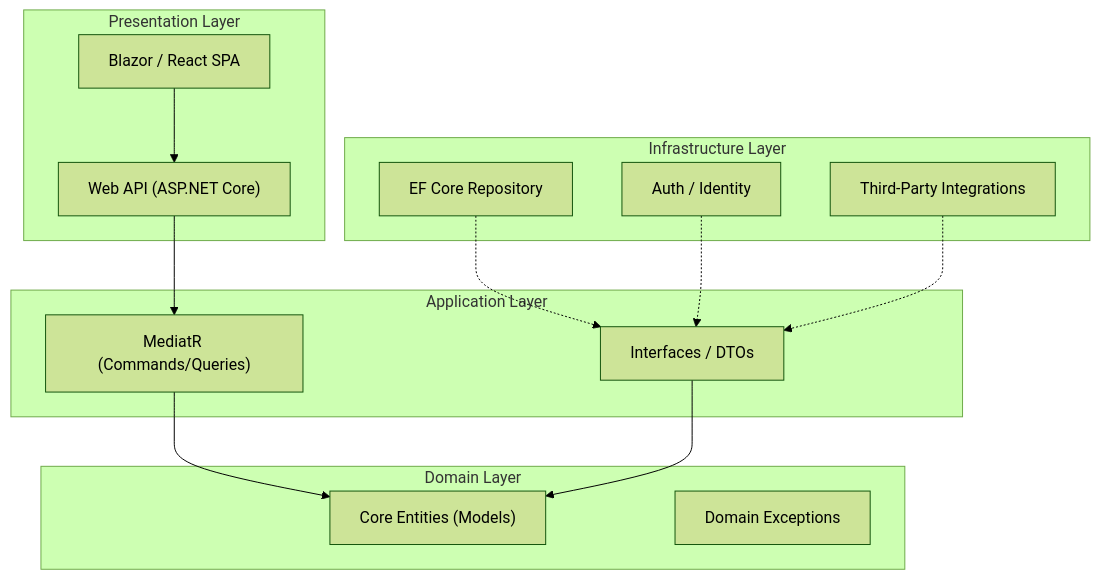
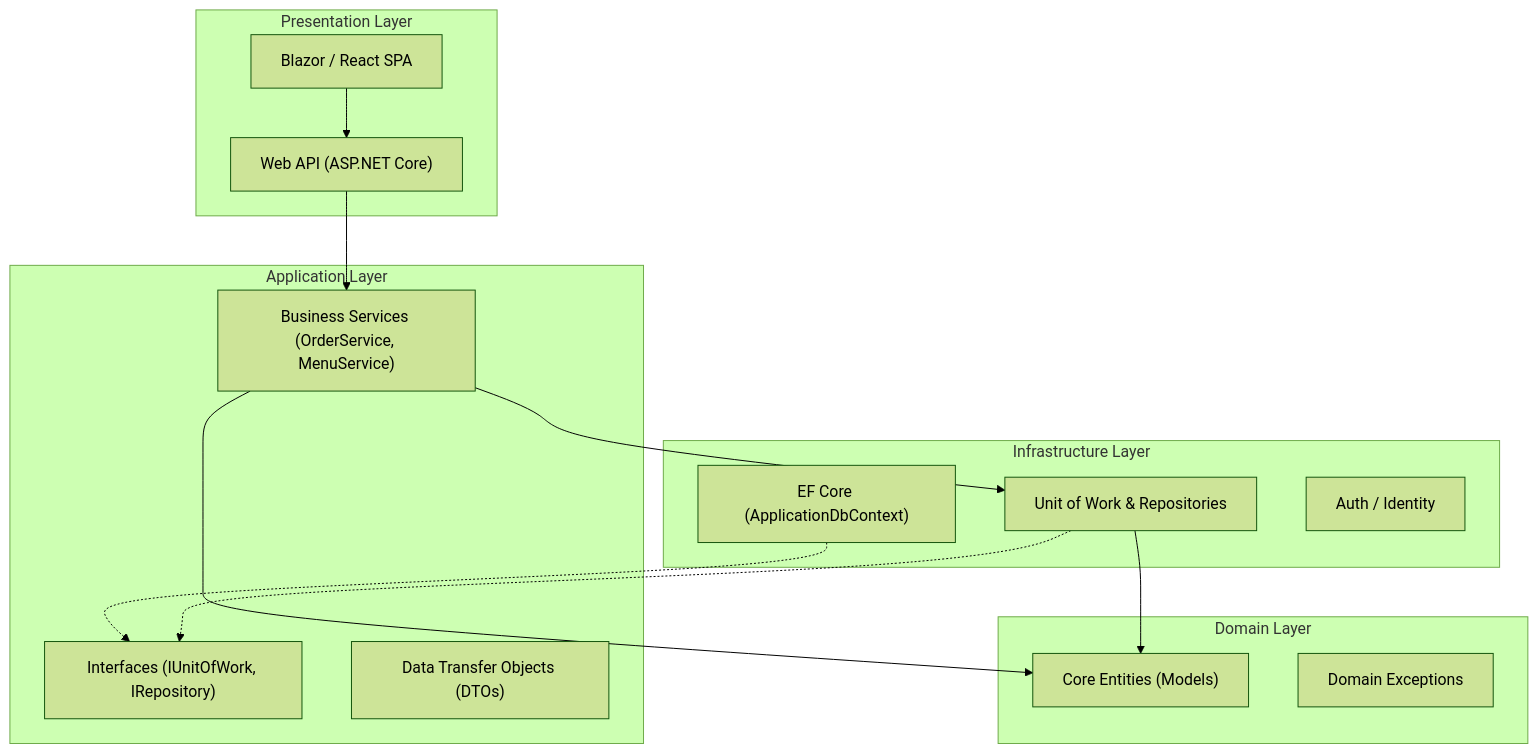
The fourth of 6 diagrams in FINAL_MASTER_DOCUMENTATION.md (shams909/Restaurant-management-system), drawn with Mermaid (forest theme) before and after one commit. The commit also changed other lines of this file, not shown here.

Commit message:
refactor: replace CQRS pattern with Service, Repository, and Unit of Work patterns in system architecture documentation

````diff
--- a/FINAL_MASTER_DOCUMENTATION.md
+++ b/FINAL_MASTER_DOCUMENTATION.md
@@ -134,31 +134,32 @@
 ```mermaid
 graph TD
     subgraph PresentationLayer [Presentation Layer]
         UI["Web API (ASP.NET Core)"]
         Blazor["Blazor / React SPA"]
     end
     
     subgraph InfrastructureLayer [Infrastructure Layer]
-        EFCore["EF Core Repository"]
+        EFCore["EF Core (ApplicationDbContext)"]
+        UoW["Unit of Work & Repositories"]
         Identity["Auth / Identity"]
-        External["Third-Party Integrations"]
     end
     
     subgraph ApplicationLayer [Application Layer]
-        CQRS["MediatR (Commands/Queries)"]
-        Interfaces["Interfaces / DTOs"]
+        Services["Business Services (OrderService, MenuService)"]
+        Interfaces["Interfaces (IUnitOfWork, IRepository)"]
+        DTO["Data Transfer Objects (DTOs)"]
     end
     
     subgraph DomainLayer [Domain Layer]
         Entities["Core Entities (Models)"]
         Exceptions["Domain Exceptions"]
     end
 
-    UI --> CQRS
+    UI --> Services
     Blazor --> UI
     EFCore -.-> Interfaces
-    Identity -.-> Interfaces
-    External -.-> Interfaces
-    CQRS --> Entities
-    Interfaces --> Entities
+    UoW -.-> Interfaces
+    Services --> UoW
+    Services --> Entities
+    UoW --> Entities
 ```
````
